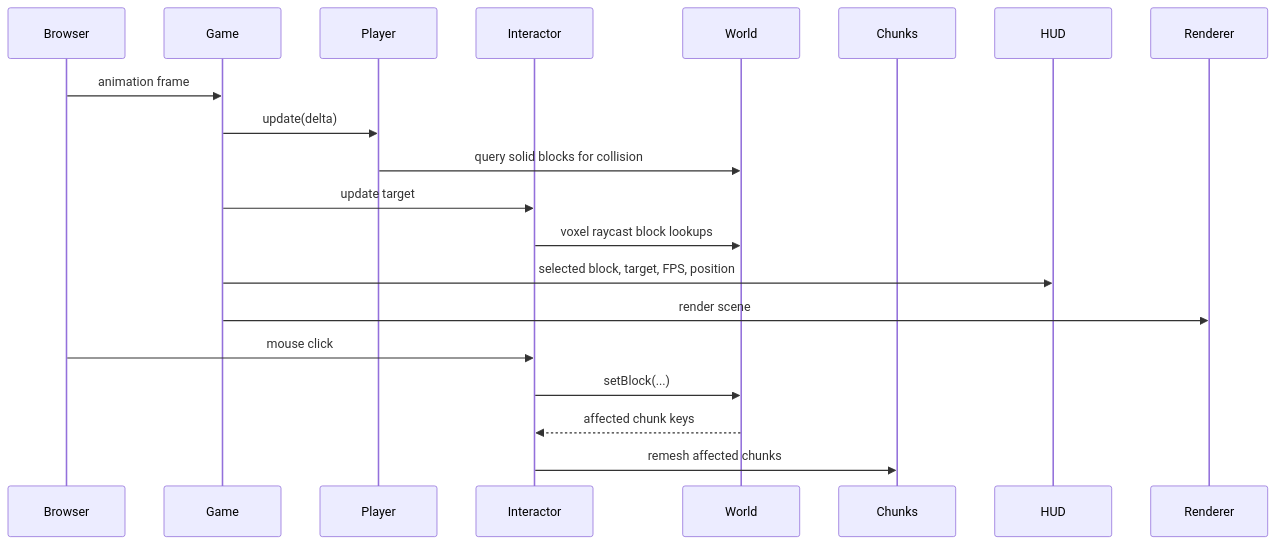
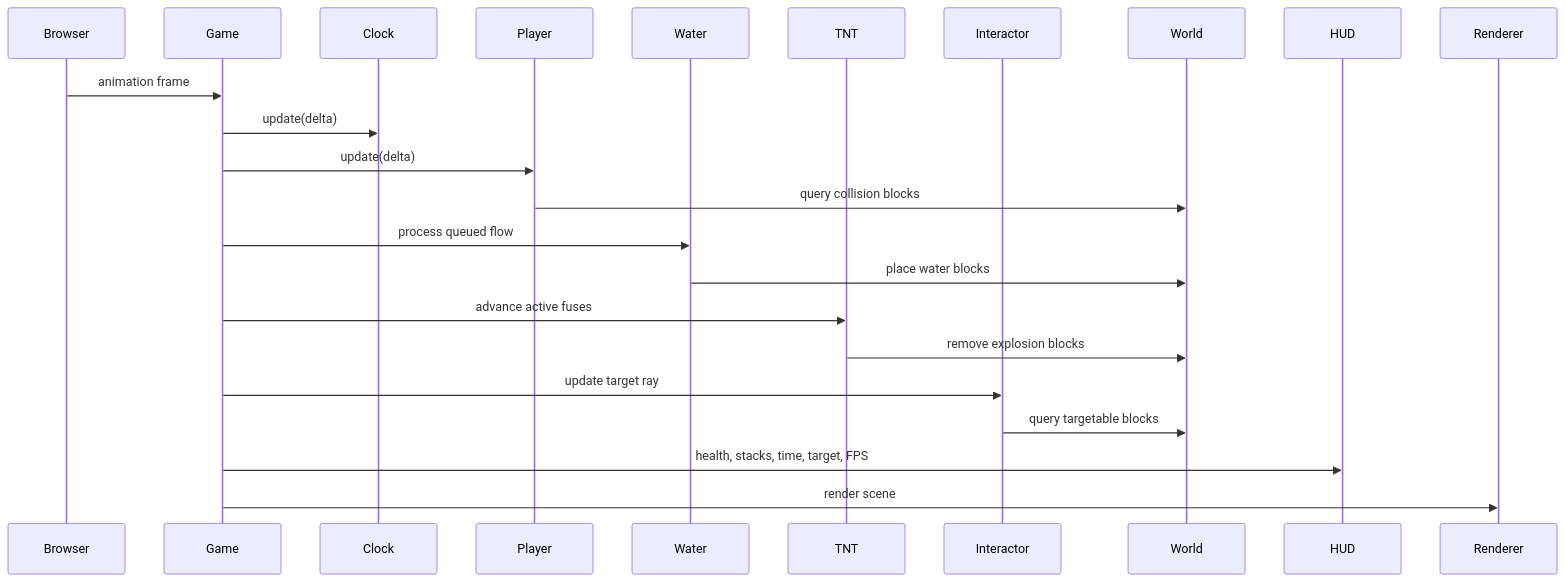
Before and after one commit to scottrobertson97/blocks-game: the second of 5 diagrams in docs/ARCHITECTURE.md, drawn with Mermaid. The commit also changed other lines of this file and 28 other files, not shown here.

````diff
--- a/docs/ARCHITECTURE.md
+++ b/docs/ARCHITECTURE.md
@@ -38,24 +49,26 @@
 ```mermaid
 sequenceDiagram
   participant Browser
   participant Game
+  participant Clock
   participant Player
+  participant Water
+  participant TNT
   participant Interactor
   participant World
-  participant Chunks
   participant HUD
   participant Renderer
 
   Browser->>Game: animation frame
+  Game->>Clock: update(delta)
   Game->>Player: update(delta)
-  Player->>World: query solid blocks for collision
-  Game->>Interactor: update target
-  Interactor->>World: voxel raycast block lookups
-  Game->>HUD: selected block, target, FPS, position
+  Player->>World: query collision blocks
+  Game->>Water: process queued flow
+  Water->>World: place water blocks
+  Game->>TNT: advance active fuses
+  TNT->>World: remove explosion blocks
+  Game->>Interactor: update target ray
+  Interactor->>World: query targetable blocks
+  Game->>HUD: health, stacks, time, target, FPS
   Game->>Renderer: render scene
-
-  Browser->>Interactor: mouse click
-  Interactor->>World: setBlock(...)
-  World-->>Interactor: affected chunk keys
-  Interactor->>Chunks: remesh affected chunks
 ```
````
